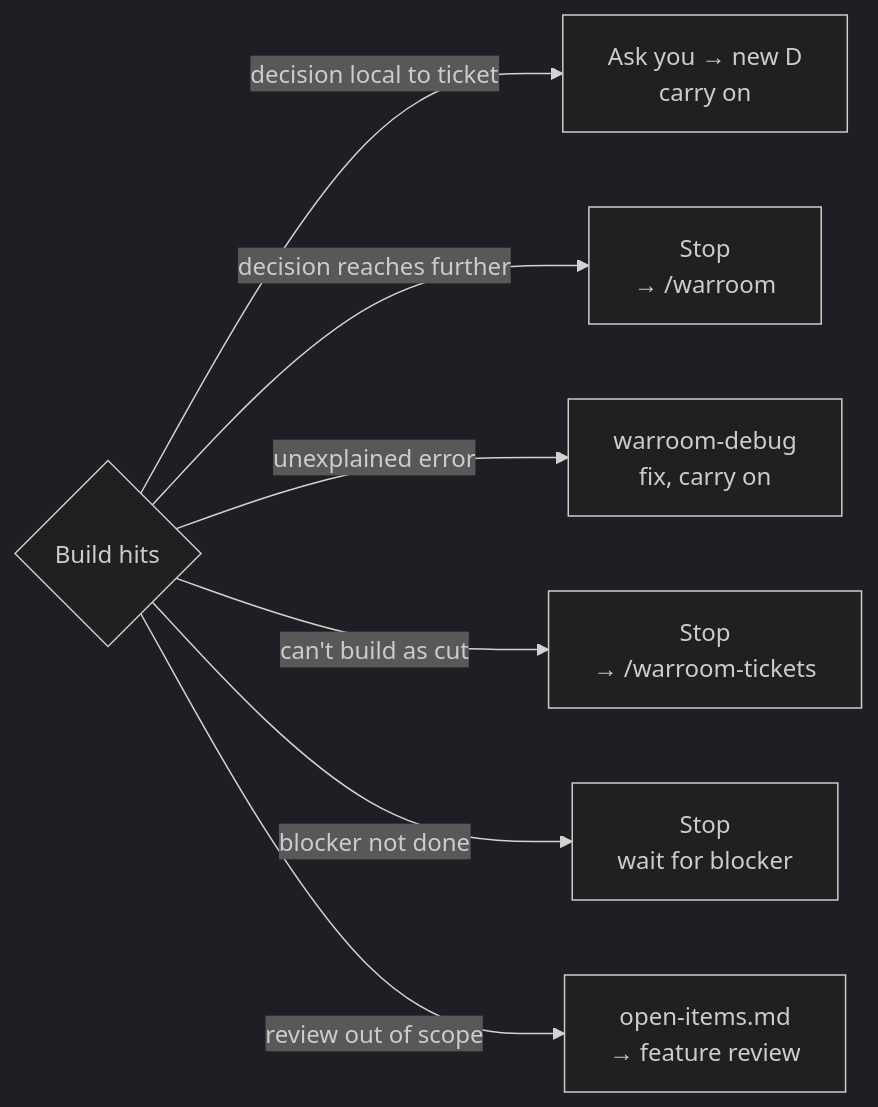
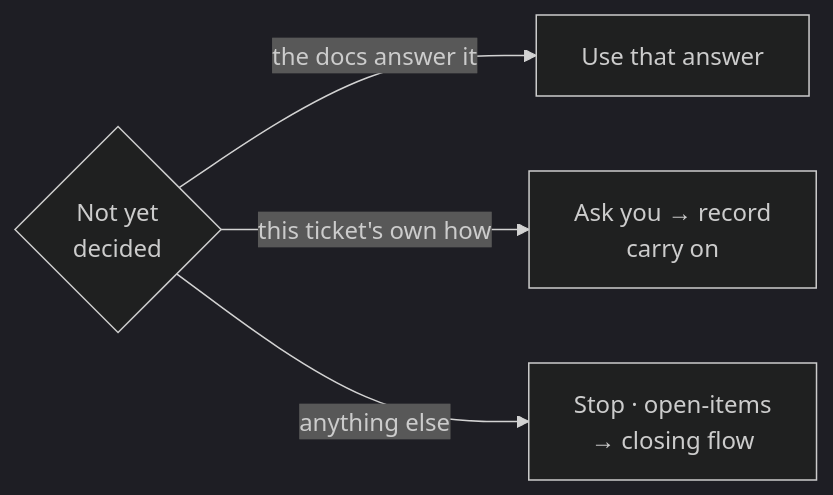
Before and after one commit to mousemouse094526/kiki-kit: the sixth of 8 diagrams in docs/flow.md, drawn with Mermaid (dark theme). The commit also changed other lines of this file and 4 other files, not shown here.

First line of the commit message:
docs(flow): rewrite for the single upstream gate; trim build references

````diff
--- a/docs/flow.md
+++ b/docs/flow.md
@@ -215,17 +164,11 @@
 ```mermaid
 flowchart LR
-    X{"Build hits"}
-    L["Ask you → new D<br/>carry on"]
-    WD["Stop<br/>→ /warroom"]
-    DB["warroom-debug<br/>fix, carry on"]
-    RC["Stop<br/>→ /warroom-tickets"]
-    BL["Stop<br/>wait for blocker"]
-    OI["open-items.md<br/>→ feature review"]
+    X{"Not yet<br/>decided"}
+    U["Use that answer"]
+    A["Ask you → record<br/>carry on"]
+    S["Stop · open-items<br/>→ closing flow"]
 
-    X -->|decision local to ticket| L
-    X -->|decision reaches further| WD
-    X -->|unexplained error| DB
-    X -->|can't build as cut| RC
-    X -->|blocker not done| BL
-    X -->|review out of scope| OI
+    X -->|the docs answer it| U
+    X -->|this ticket's own how| A
+    X -->|anything else| S
 ```
````
